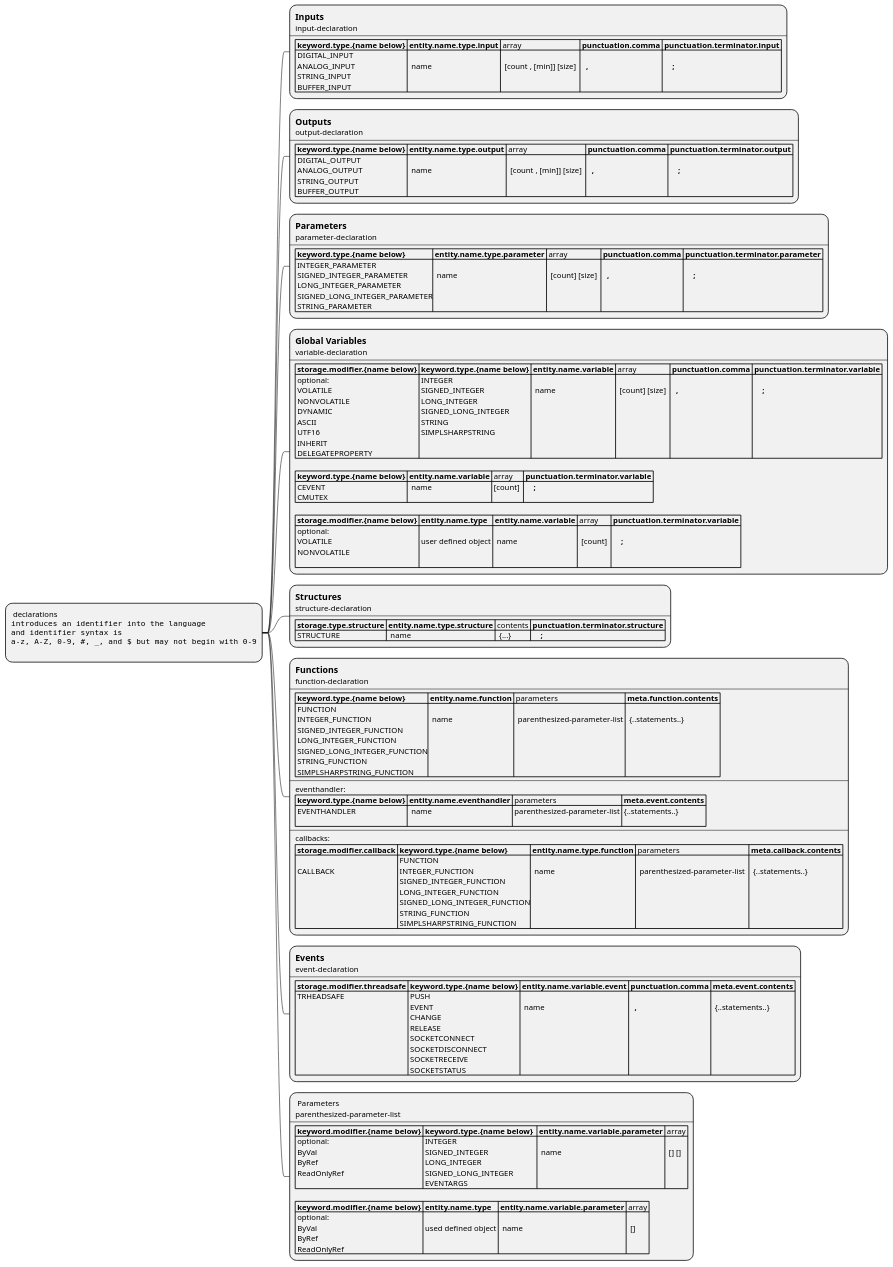
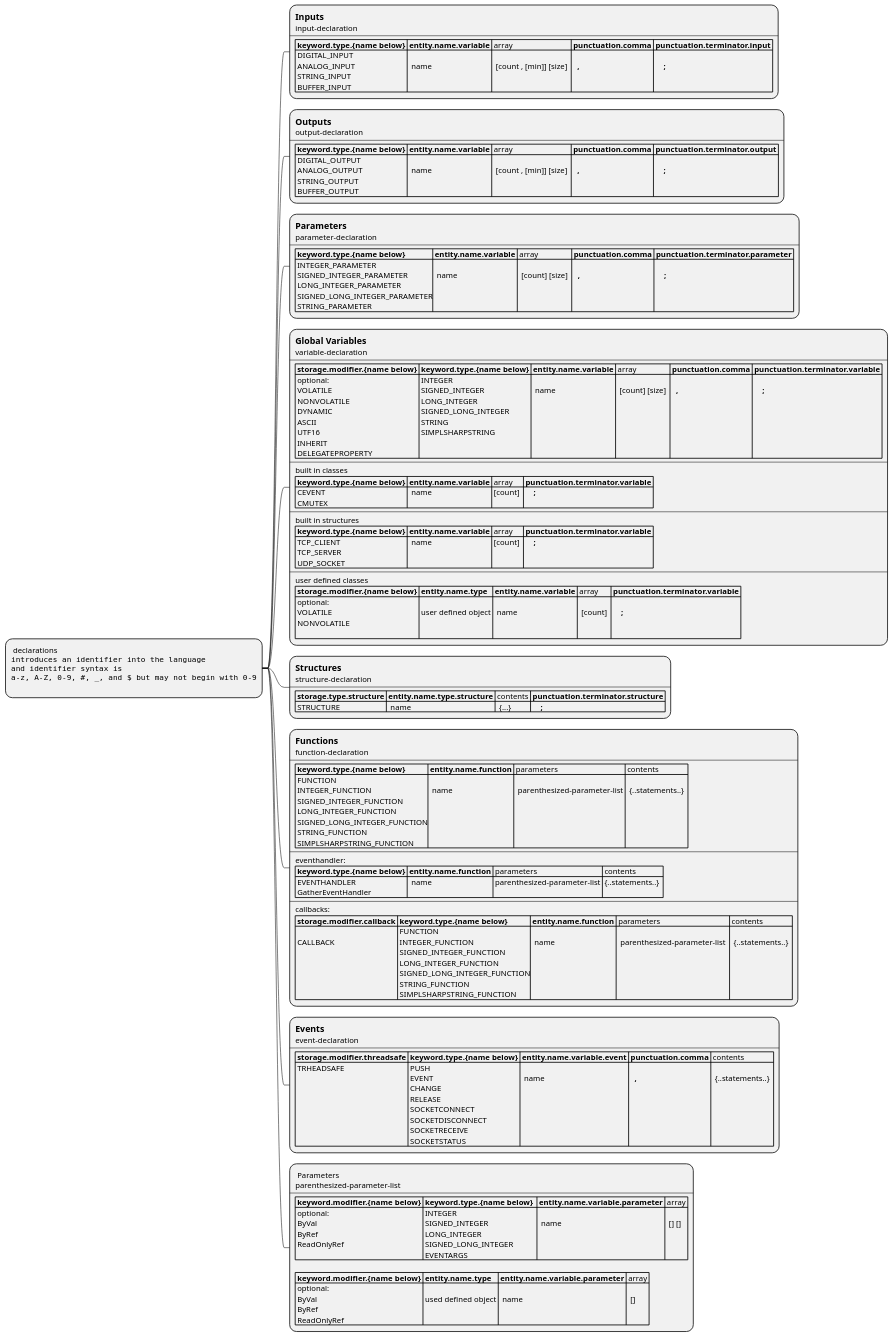
Before and after one commit to alvaroyurrita/vscode-crestron-splus: the diagram in UML/simpl-plus-syntax-mindmap/declarations.puml, drawn with PlantUML. The commit also changed 6 other files, not shown here.

```diff
--- a/UML/simpl-plus-syntax-mindmap/declarations.puml
+++ b/UML/simpl-plus-syntax-mindmap/declarations.puml
@@ -1,78 +1,84 @@
 @startmindmap
 *: declarations
 <code>
 introduces an identifier into the language
 and identifier syntax is
 a-z, A-Z, 0-9, #, _, and $ but may not begin with 0-9
 </code>
 ;
 
 **:== Inputs
 input-declaration
 ----
-|= keyword.type.{name below} |= entity.name.type.input | array |= punctuation.comma |= punctuation.terminator.input |
+|= keyword.type.{name below} |= entity.name.variable | array |= punctuation.comma |= punctuation.terminator.input |
 | DIGITAL_INPUT\n ANALOG_INPUT\n STRING_INPUT\n BUFFER_INPUT |  \n  name  | \n  [count , [min]] [size]  |= \n   , |=  \n     ; |;
 **:== Outputs
 output-declaration
 ----
-|= keyword.type.{name below} |= entity.name.type.output | array |= punctuation.comma |= punctuation.terminator.output |
+|= keyword.type.{name below} |= entity.name.variable | array |= punctuation.comma |= punctuation.terminator.output |
 | DIGITAL_OUTPUT\n ANALOG_OUTPUT\n STRING_OUTPUT\n BUFFER_OUTPUT |  \n  name | \n  [count , [min]] [size]  |= \n   , |=  \n     ; |;
 
 **:== Parameters
 parameter-declaration
 ----
-|= keyword.type.{name below} |= entity.name.type.parameter | array |= punctuation.comma |= punctuation.terminator.parameter |
+|= keyword.type.{name below} |= entity.name.variable | array |= punctuation.comma |= punctuation.terminator.parameter |
 | INTEGER_PARAMETER\n SIGNED_INTEGER_PARAMETER\n LONG_INTEGER_PARAMETER\n SIGNED_LONG_INTEGER_PARAMETER\n STRING_PARAMETER  |  \n  name | \n  [count] [size]  |= \n   ,|=  \n     ; |;
 
 **:== Global Variables
 variable-declaration
 ----
 |= storage.modifier.{name below} |= keyword.type.{name below} |= entity.name.variable | array |= punctuation.comma |= punctuation.terminator.variable |
 | optional:\n VOLATILE\n NONVOLATILE\n DYNAMIC \n ASCII\n UTF16\n INHERIT\n DELEGATEPROPERTY | INTEGER\n SIGNED_INTEGER\n LONG_INTEGER\n SIGNED_LONG_INTEGER\n STRING\n SIMPLSHARPSTRING|  \n  name | \n  [count] [size]  |= \n   ,|=  \n     ; |
-
+----
+built in classes
 |= keyword.type.{name below} |= entity.name.variable | array |= punctuation.terminator.variable |
 | CEVENT\n CMUTEX |  name  | [count]  |=     ; |
-
+----
+built in structures
+|= keyword.type.{name below} |= entity.name.variable | array |= punctuation.terminator.variable |
+| TCP_CLIENT\n TCP_SERVER\n UDP_SOCKET |  name  | [count]  |=     ; |
+----
+user defined classes
 |= storage.modifier.{name below} |= entity.name.type |= entity.name.variable | array |= punctuation.terminator.variable |
 | optional:\n VOLATILE\n NONVOLATILE\n | \n user defined object |  \n  name | \n  [count]  |=  \n     ; |;
 
 
 
 **:== Structures
 structure-declaration
 ----
 |= storage.type.structure |= entity.name.type.structure | contents |= punctuation.terminator.structure |
 | STRUCTURE |  name  |  {...} |=     ; |;
 
 **:== Functions
 function-declaration
 ----
-|= keyword.type.{name below} |= entity.name.function | parameters |= meta.function.contents |
+|= keyword.type.{name below} |= entity.name.function | parameters | contents |
 | FUNCTION\n INTEGER_FUNCTION\n SIGNED_INTEGER_FUNCTION\n LONG_INTEGER_FUNCTION\n SIGNED_LONG_INTEGER_FUNCTION\n STRING_FUNCTION \n SIMPLSHARPSTRING_FUNCTION  |  \n  name | \n  parenthesized-parameter-list | \n  {..statements..}  |
 ----
 eventhandler:
-|= keyword.type.{name below} |= entity.name.eventhandler | parameters |= meta.event.contents |
-| EVENTHANDLER\n   |  name | parenthesized-parameter-list | {..statements..}  |
+|= keyword.type.{name below} |= entity.name.function | parameters | contents |
+| EVENTHANDLER\n GatherEventHandler   |  name | parenthesized-parameter-list | {..statements..}  |
 ----
 callbacks:
-|= storage.modifier.callback |= keyword.type.{name below} |= entity.name.type.function | parameters |= meta.callback.contents |
+|= storage.modifier.callback |= keyword.type.{name below} |= entity.name.function | parameters | contents |
 | \n CALLBACK  | FUNCTION\n INTEGER_FUNCTION\n SIGNED_INTEGER_FUNCTION\n LONG_INTEGER_FUNCTION\n SIGNED_LONG_INTEGER_FUNCTION\n STRING_FUNCTION \n SIMPLSHARPSTRING_FUNCTION | \n  name | \n  parenthesized-parameter-list  | \n  {..statements..}  |;
 
 **:== Events
 event-declaration
 ----
-|= storage.modifier.threadsafe |= keyword.type.{name below} |= entity.name.variable.event |= punctuation.comma |= meta.event.contents |
+|= storage.modifier.threadsafe |= keyword.type.{name below} |= entity.name.variable.event |= punctuation.comma | contents |
 | TRHEADSAFE | PUSH\n EVENT\n CHANGE\n RELEASE\n SOCKETCONNECT\n SOCKETDISCONNECT \n SOCKETRECEIVE \n SOCKETSTATUS  |  \n  name |= \n   ,| \n  {..statements..}  |;
 
 
 
 **: Parameters
 parenthesized-parameter-list
 ----
 |= keyword.modifier.{name below} |= keyword.type.{name below}  |= entity.name.variable.parameter | array |
 | optional:\n ByVal\n ByRef\n ReadOnlyRef | INTEGER\n SIGNED_INTEGER\n LONG_INTEGER\n SIGNED_LONG_INTEGER\n EVENTARGS |  \n  name | \n  [] []  |
 
 |= keyword.modifier.{name below} |= entity.name.type |= entity.name.variable.parameter | array |
 | optional:\n ByVal\n ByRef\n ReadOnlyRef | \n used defined object |  \n  name | \n  []  |;
 
 @endmindmap
```
